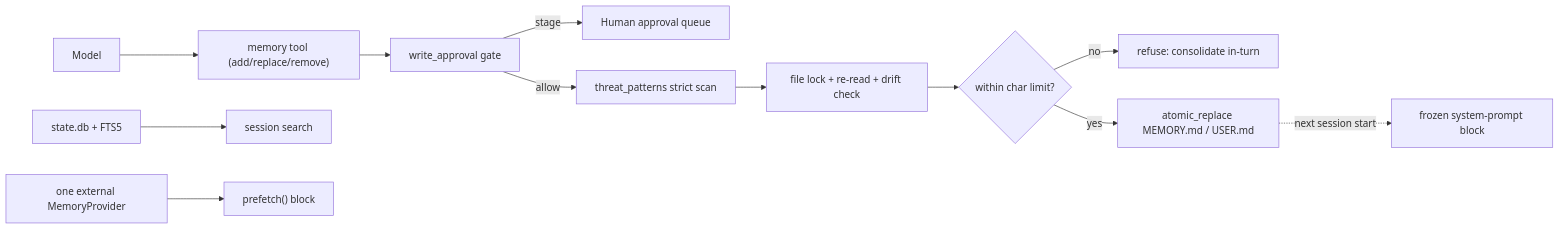
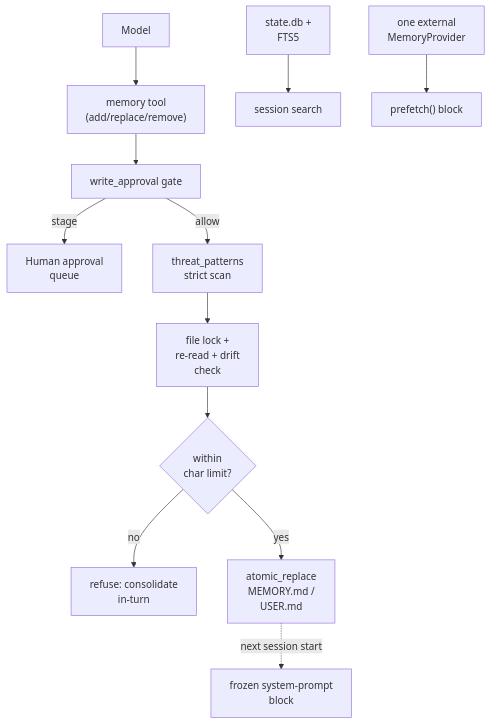
The diagram in content/systems/hermes-agent.md (neoneye/agent-memory-atlas), drawn with Mermaid before and after one commit. The commit also changed 99 other files, not shown here.

First line of the commit message:
Reshape the remaining 49 diagrams so their labels are legible

````diff
--- a/content/systems/hermes-agent.md
+++ b/content/systems/hermes-agent.md
@@ -96,14 +96,14 @@
 ```mermaid
-flowchart LR
-  Model["Model"] --> Tool["memory tool (add/replace/remove)"]
+flowchart TD
+  Model["Model"] --> Tool["memory tool<br/>(add/replace/remove)"]
   Tool --> Gate["write_approval gate"]
-  Gate -->|stage| Human["Human approval queue"]
-  Gate -->|allow| Scan["threat_patterns strict scan"]
-  Scan --> Lock["file lock + re-read + drift check"]
-  Lock --> Budget{"within char limit?"}
-  Budget -->|no| Consolidate["refuse: consolidate in-turn"]
-  Budget -->|yes| Disk["atomic_replace MEMORY.md / USER.md"]
-  Disk -.->|next session start| Snapshot["frozen system-prompt block"]
-  Sessions["state.db + FTS5"] --> Search["session search"]
-  Provider["one external MemoryProvider"] --> Prefetch["prefetch() block"]
+  Gate -->|stage| Human["Human approval<br/>queue"]
+  Gate -->|allow| Scan["threat_patterns<br/>strict scan"]
+  Scan --> Lock["file lock +<br/>re-read + drift<br/>check"]
+  Lock --> Budget{"within<br/>char limit?"}
+  Budget -->|no| Consolidate["refuse: consolidate<br/>in-turn"]
+  Budget -->|yes| Disk["atomic_replace<br/>MEMORY.md /<br/>USER.md"]
+  Disk -.->|next session start| Snapshot["frozen system-prompt<br/>block"]
+  Sessions["state.db +<br/>FTS5"] --> Search["session search"]
+  Provider["one external<br/>MemoryProvider"] --> Prefetch["prefetch() block"]
 ```
````
